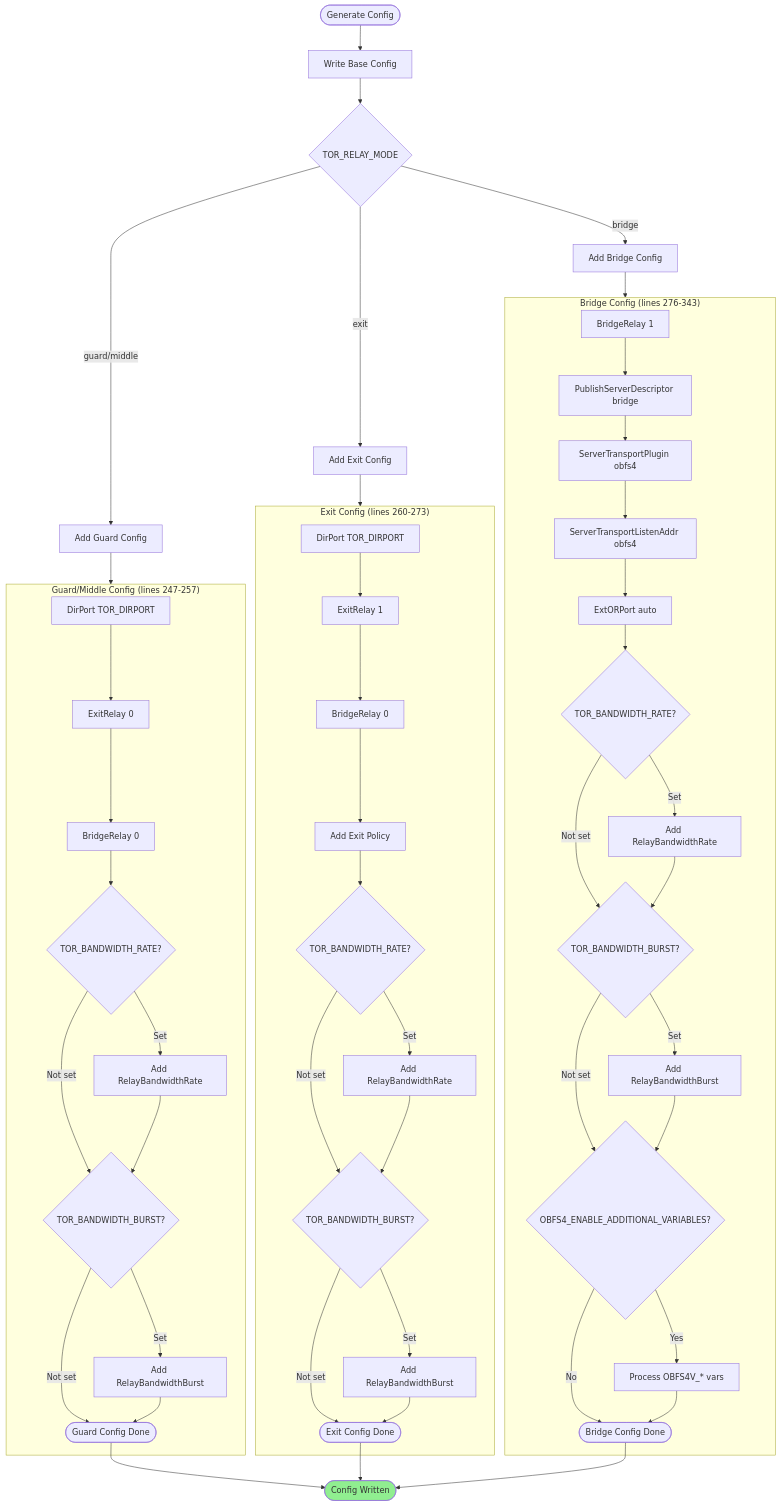
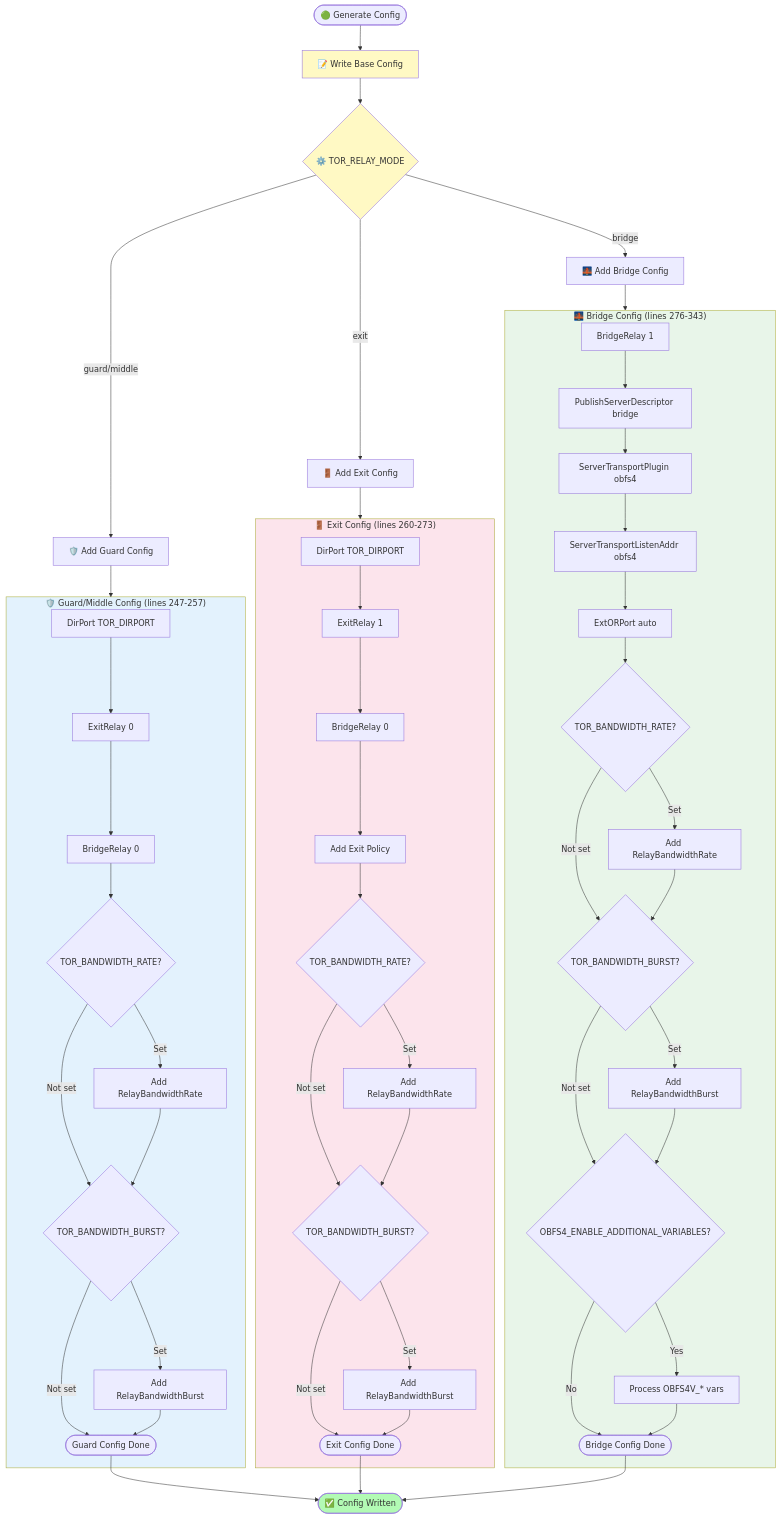
The sixth of 13 diagrams in docs/ARCHITECTURE.md (r3bo0tbx1/tor-guard-relay), drawn with Mermaid before and after one commit. The commit also changed other lines of this file and 1 other file, not shown here.

First line of the commit message:
📝 docs(v1.1.1): Refresh diagrams and update image size

````diff
--- a/docs/ARCHITECTURE.md
+++ b/docs/ARCHITECTURE.md
@@ -318,62 +334,67 @@
 ```mermaid
 flowchart TD
-    Start([Generate Config]) --> Base[Write Base Config]
+    Start([🟢 Generate Config]) --> Base[📝 Write Base Config]
 
-    Base --> Mode{TOR_RELAY_MODE}
+    Base --> Mode{⚙️ TOR_RELAY_MODE}
 
-    Mode -->|guard/middle| Guard[Add Guard Config]
-    Mode -->|exit| Exit[Add Exit Config]
-    Mode -->|bridge| Bridge[Add Bridge Config]
+    Mode -->|guard/middle| Guard[🛡️ Add Guard Config]
+    Mode -->|exit| Exit[🚪 Add Exit Config]
+    Mode -->|bridge| Bridge[🌉 Add Bridge Config]
 
-    subgraph GuardConfig["Guard/Middle Config (lines 247-257)"]
+    subgraph GuardConfig["🛡️ Guard/Middle Config (lines 247-257)"]
         G1[DirPort TOR_DIRPORT] --> G2[ExitRelay 0]
         G2 --> G3[BridgeRelay 0]
         G3 --> G4{TOR_BANDWIDTH_RATE?}
         G4 -->|Set| G5[Add RelayBandwidthRate]
         G4 -->|Not set| G6
         G5 --> G6{TOR_BANDWIDTH_BURST?}
         G6 -->|Set| G7[Add RelayBandwidthBurst]
         G6 -->|Not set| GuardDone
         G7 --> GuardDone([Guard Config Done])
     end
 
-    subgraph ExitConfig["Exit Config (lines 260-273)"]
+    subgraph ExitConfig["🚪 Exit Config (lines 260-273)"]
         E1[DirPort TOR_DIRPORT] --> E2[ExitRelay 1]
         E2 --> E3[BridgeRelay 0]
         E3 --> E4[Add Exit Policy]
         E4 --> E5{TOR_BANDWIDTH_RATE?}
         E5 -->|Set| E6[Add RelayBandwidthRate]
         E5 -->|Not set| E7
         E6 --> E7{TOR_BANDWIDTH_BURST?}
         E7 -->|Set| E8[Add RelayBandwidthBurst]
         E7 -->|Not set| ExitDone
         E8 --> ExitDone([Exit Config Done])
     end
 
-    subgraph BridgeConfig["Bridge Config (lines 276-343)"]
+    subgraph BridgeConfig["🌉 Bridge Config (lines 276-343)"]
         B1[BridgeRelay 1] --> B2[PublishServerDescriptor bridge]
         B2 --> B3[ServerTransportPlugin obfs4]
         B3 --> B4[ServerTransportListenAddr obfs4]
         B4 --> B5[ExtORPort auto]
         B5 --> B6{TOR_BANDWIDTH_RATE?}
         B6 -->|Set| B7[Add RelayBandwidthRate]
         B6 -->|Not set| B8
         B7 --> B8{TOR_BANDWIDTH_BURST?}
         B8 -->|Set| B9[Add RelayBandwidthBurst]
         B8 -->|Not set| B10
         B9 --> B10{OBFS4_ENABLE_ADDITIONAL_VARIABLES?}
         B10 -->|Yes| OBFS4[Process OBFS4V_* vars]
         B10 -->|No| BridgeDone
         OBFS4 --> BridgeDone([Bridge Config Done])
     end
 
     Guard --> GuardConfig
     Exit --> ExitConfig
     Bridge --> BridgeConfig
 
-    GuardDone --> Complete([Config Written])
+    GuardDone --> Complete([✅ Config Written])
     ExitDone --> Complete
     BridgeDone --> Complete
 
-    style Complete fill:#90EE90
+    style Complete fill:#b2fab4
+    style GuardConfig fill:#e3f2fd
+    style ExitConfig fill:#fce4ec
+    style BridgeConfig fill:#e8f5e9
+    style Mode fill:#fff9c4
+    style Base fill:#fff9c4
 ```
````
